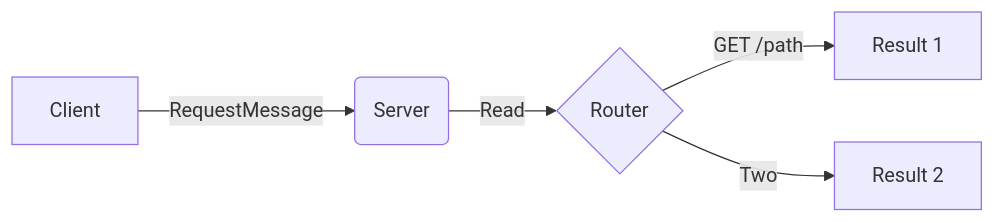
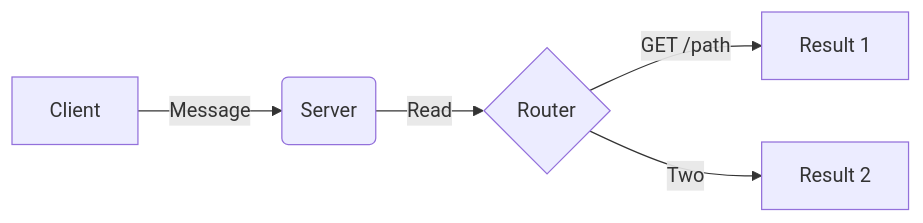
Before and after one commit to curol/go-net: the first of 5 diagrams in README.md, drawn with Mermaid. The commit also changed other lines of this file and 26 other files, not shown here.

````diff
--- a/README.md
+++ b/README.md
@@ -5,13 +5,13 @@
 ```mermaid
 flowchart LR
 
-Client[Client]--> |RequestMessage| B(Server)
+Client[Client]--> |Message| B(Server)
 
 
 B --> |Read|C{Router}
 
 C -->|GET /path| D[Result 1]
 
 C -->|Two| E[Result 2]
 
 ```
````
